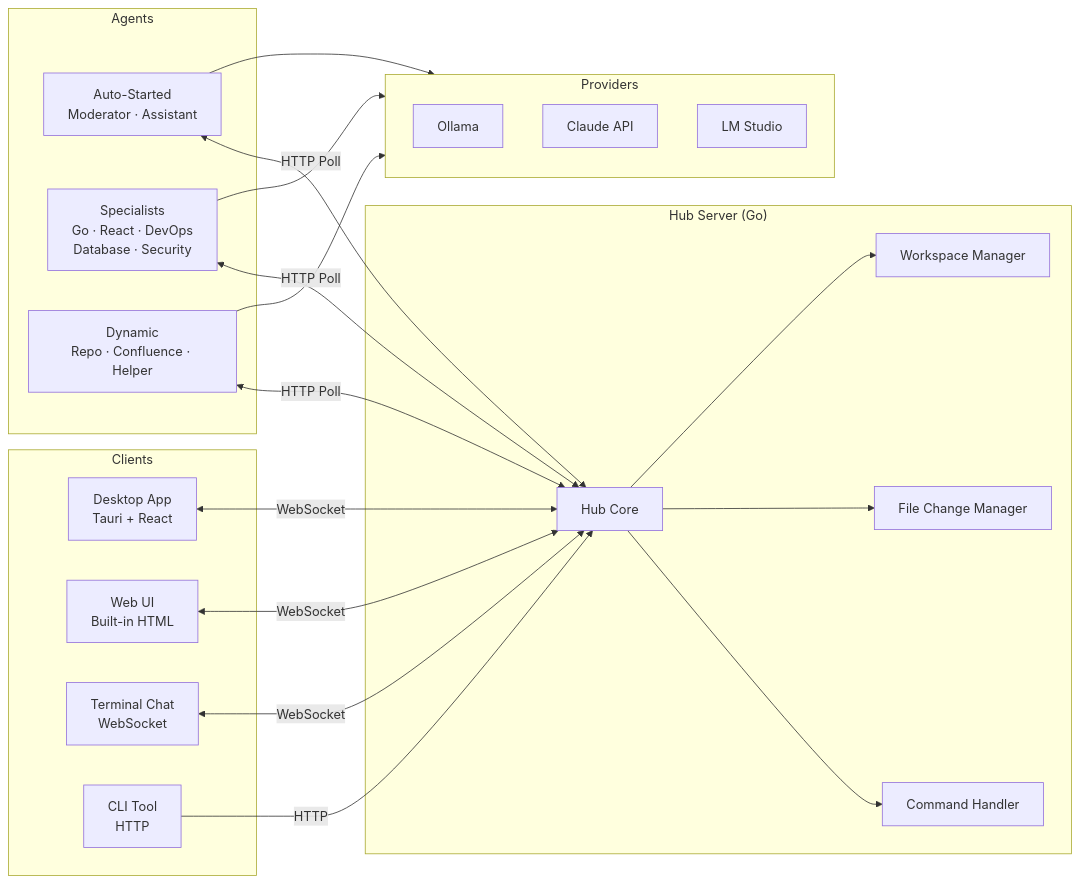
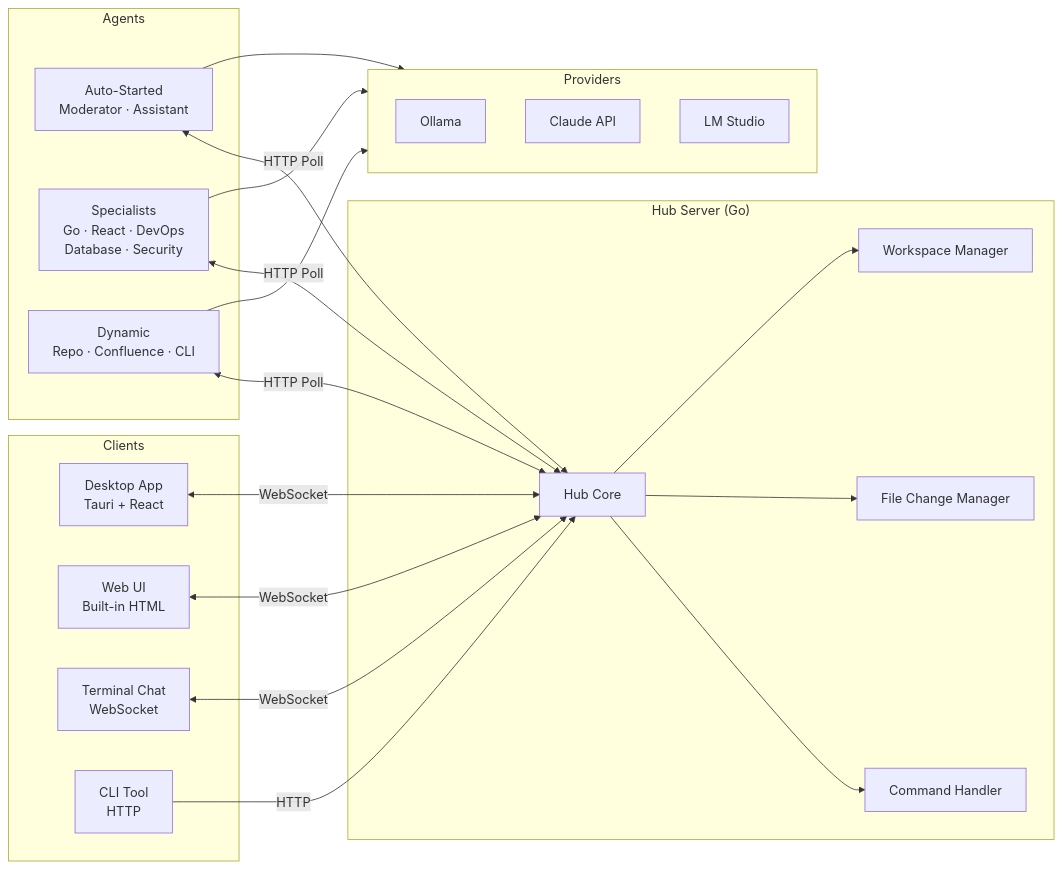
One commit to camronwood/neural-junkie changed the diagram in docs/ARCHITECTURE.md. Above: the diagram before and after it, drawn with Mermaid. The commit also changed other lines of this file and 81 other files, not shown here.

````diff
--- a/docs/ARCHITECTURE.md
+++ b/docs/ARCHITECTURE.md
@@ -7,45 +7,45 @@
 ```mermaid
 graph LR
     subgraph Clients
         Desktop[Desktop App<br/>Tauri + React]
         Web[Web UI<br/>Built-in HTML]
         Chat[Terminal Chat<br/>WebSocket]
         CLI[CLI Tool<br/>HTTP]
     end
 
     subgraph Server["Hub Server (Go)"]
         Hub[Hub Core]
         Commands[Command Handler]
         FileChanges[File Change Manager]
         Workspaces[Workspace Manager]
     end
 
     subgraph Agents
         Auto[Auto-Started<br/>Moderator · Assistant]
         Specialist[Specialists<br/>Go · React · DevOps<br/>Database · Security]
-        Dynamic[Dynamic<br/>Repo · Confluence · Helper]
+        Dynamic[Dynamic<br/>Repo · Confluence · CLI]
     end
 
     subgraph Providers
         Ollama[Ollama]
         Claude[Claude API]
         LMStudio[LM Studio]
     end
 
     Desktop <-->|WebSocket| Hub
     Web <-->|WebSocket| Hub
     Chat <-->|WebSocket| Hub
     CLI -->|HTTP| Hub
 
     Hub --> Commands
     Hub --> FileChanges
     Hub --> Workspaces
 
     Auto <-->|HTTP Poll| Hub
     Specialist <-->|HTTP Poll| Hub
     Dynamic <-->|HTTP Poll| Hub
 
     Specialist --> Providers
     Dynamic --> Providers
     Auto --> Providers
 ```
````
